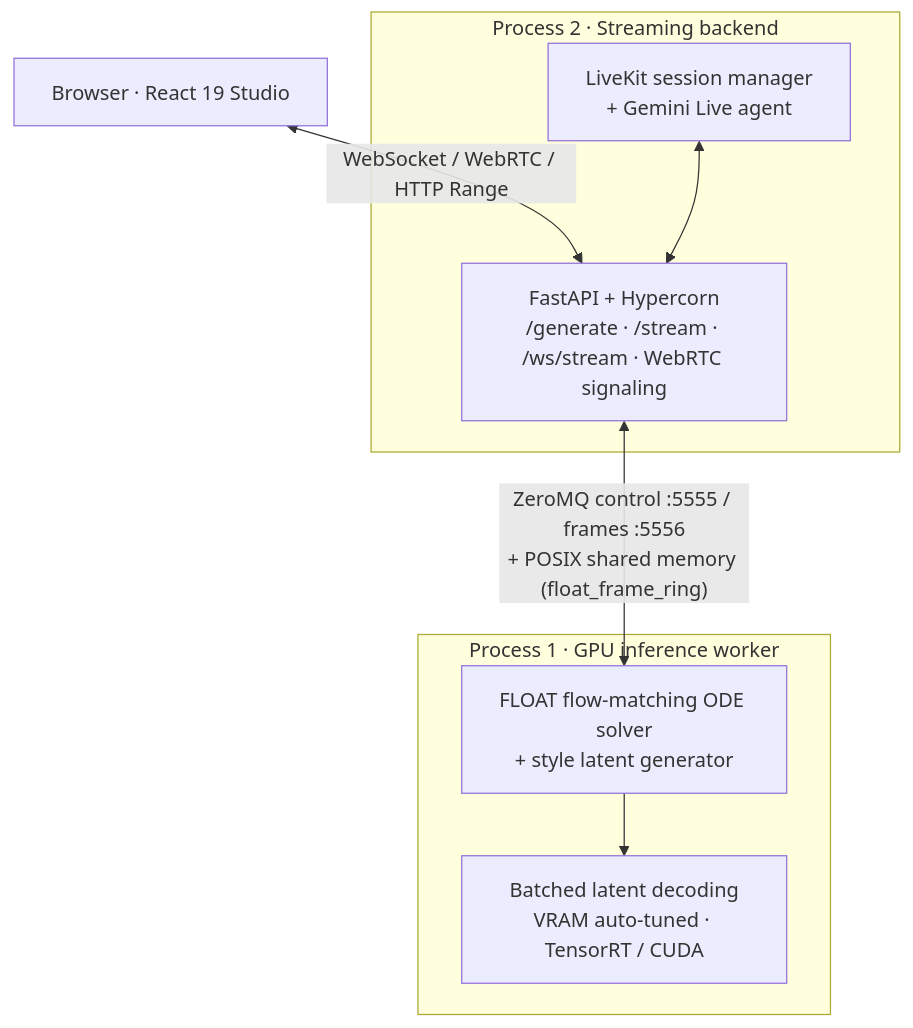
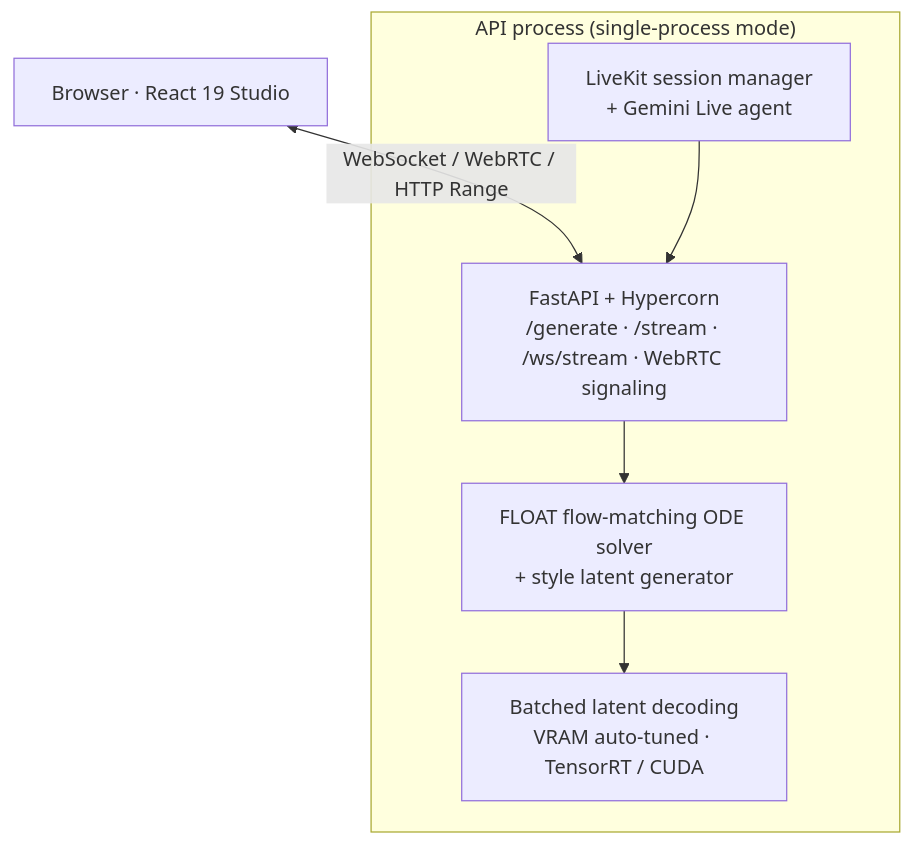
The diagram in README.md (mohamed-em2m/fast-float), drawn with Mermaid before and after one commit. The commit also changed other lines of this file and 2 other files, not shown here.

Commit message:
docs: update readme for stoping using zmq mode

````diff
--- a/README.md
+++ b/README.md
@@ -78,18 +82,15 @@
 ```mermaid
 flowchart TB
     Browser["Browser · React 19 Studio"] <-->|"WebSocket / WebRTC / HTTP Range"| API
 
-    subgraph P2["Process 2 · Streaming backend"]
+    subgraph P["API process (single-process mode)"]
         API["FastAPI + Hypercorn<br/>/generate · /stream · /ws/stream · WebRTC signaling"]
-        LK["LiveKit session manager<br/>+ Gemini Live agent"]
-    end
-
-    subgraph P1["Process 1 · GPU inference worker"]
         W["FLOAT flow-matching ODE solver<br/>+ style latent generator"]
         D["Batched latent decoding<br/>VRAM auto-tuned · TensorRT / CUDA"]
+        LK["LiveKit session manager<br/>+ Gemini Live agent"]
+        API --> W
         W --> D
     end
 
-    API <-->|"ZeroMQ control :5555 / frames :5556<br/>+ POSIX shared memory (float_frame_ring)"| W
-    LK <--> API
+    LK --> API
 ```
````
